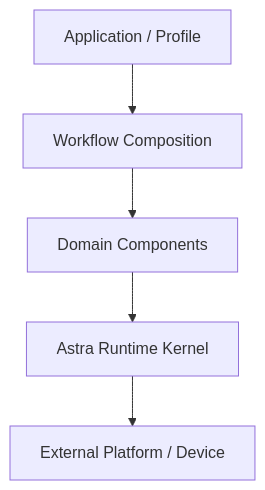
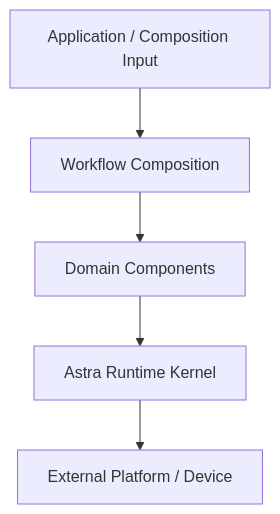
The first of 2 diagrams in docs/base-design.md (murphys7017/Astra), drawn with Mermaid before and after one commit. The commit also changed other lines of this file and 7 other files, not shown here.

````diff
--- a/docs/base-design.md
+++ b/docs/base-design.md
@@ -47,13 +47,13 @@
 ```mermaid
 flowchart TB
-    A[Application / Profile]
+    A[Application / Composition Input]
     W[Workflow Composition]
     C[Domain Components]
     K[Astra Runtime Kernel]
     X[External Platform / Device]
 
     A --> W
     W --> C
     C --> K
     K --> X
 ```
````
